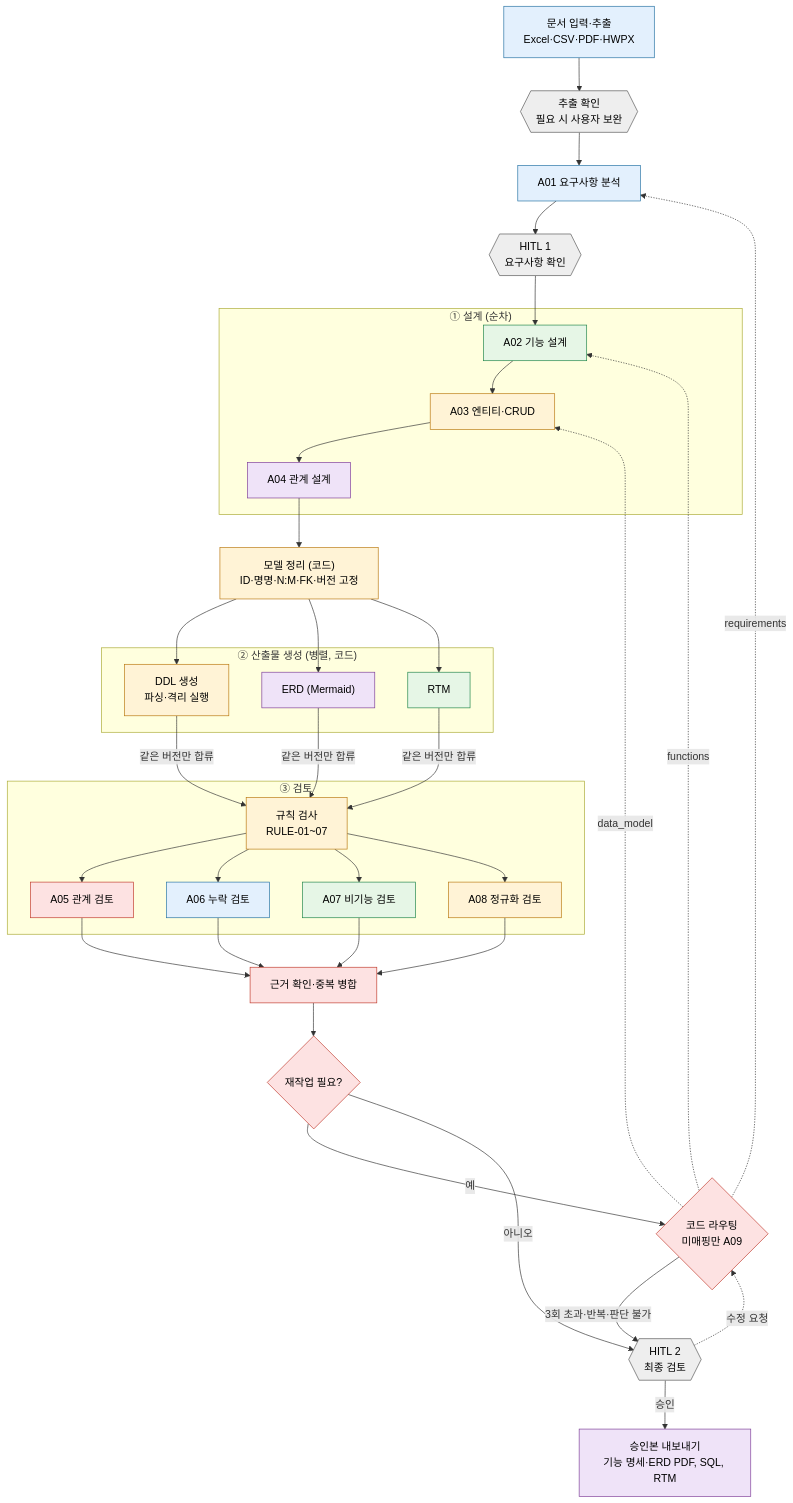
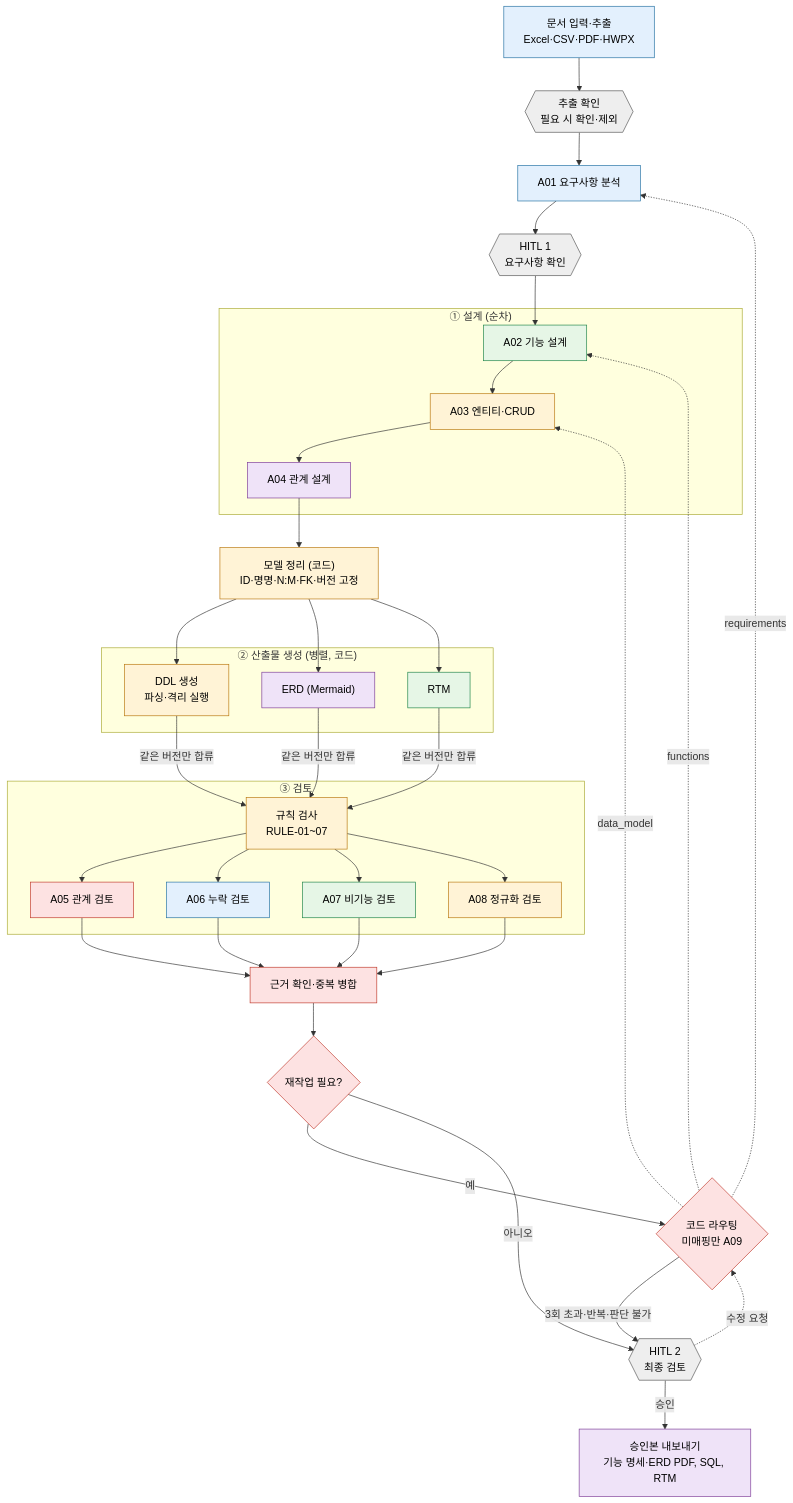
One commit to surplus96/specton changed the second of 3 diagrams in docs/03-architecture.md. Above: the diagram before and after it, drawn with Mermaid. The commit also changed other lines of this file and 24 other files, not shown here.

````diff
--- a/docs/03-architecture.md
+++ b/docs/03-architecture.md
@@ -28,47 +28,47 @@
 ```mermaid
 flowchart TD
-    IN["문서 입력·추출<br/>Excel·CSV·PDF·HWPX"]:::r2 --> CHK{{"추출 확인<br/>필요 시 사용자 보완"}}:::human
+    IN["문서 입력·추출<br/>Excel·CSV·PDF·HWPX"]:::r2 --> CHK{{"추출 확인<br/>필요 시 확인·제외"}}:::human
     CHK --> A01["A01 요구사항 분석"]:::r2
     A01 --> H1{{"HITL 1<br/>요구사항 확인"}}:::human
 
     subgraph DESIGN["① 설계 (순차)"]
         A02["A02 기능 설계"]:::r3 --> A03["A03 엔티티·CRUD"]:::r4 --> A04["A04 관계 설계"]:::r5
     end
     H1 --> A02
     A04 --> NORM["모델 정리 (코드)<br/>ID·명명·N:M·FK·버전 고정"]:::r4
 
     subgraph GEN["② 산출물 생성 (병렬, 코드)"]
         DDL["DDL 생성<br/>파싱·격리 실행"]:::r4
         ERD["ERD (Mermaid)"]:::r5
         RTM["RTM"]:::r3
     end
     NORM --> DDL & ERD & RTM
 
     subgraph REVIEW["③ 검토"]
         RULE["규칙 검사<br/>RULE-01~07"]:::r4
         A05["A05 관계 검토"]:::r1
         A06["A06 누락 검토"]:::r2
         A07["A07 비기능 검토"]:::r3
         A08["A08 정규화 검토"]:::r4
         RULE --> A05 & A06 & A07 & A08
     end
     DDL & ERD & RTM -->|같은 버전만 합류| RULE
 
     A05 & A06 & A07 & A08 --> MERGE["근거 확인·중복 병합"]:::r1
     MERGE --> Q{"재작업 필요?"}:::r1
     Q -->|예| ROUTE{"코드 라우팅<br/>미매핑만 A09"}:::r1
     ROUTE -.->|requirements| A01
     ROUTE -.->|functions| A02
     ROUTE -.->|data_model| A03
     Q -->|아니오| H2{{"HITL 2<br/>최종 검토"}}:::human
     ROUTE -->|3회 초과·반복·판단 불가| H2
     H2 -.->|수정 요청| ROUTE
     H2 -->|승인| OUT["승인본 내보내기<br/>기능 명세·ERD PDF, SQL, RTM"]:::r5
 
     classDef r1 fill:#fde2e2,stroke:#c0392b,color:#000
     classDef r2 fill:#e3f0fd,stroke:#2471a3,color:#000
     classDef r3 fill:#e6f6e6,stroke:#1e8449,color:#000
     classDef r4 fill:#fff3d6,stroke:#b9770e,color:#000
     classDef r5 fill:#efe3f8,stroke:#7d3c98,color:#000
     classDef human fill:#eeeeee,stroke:#555,color:#000
 ```
````
